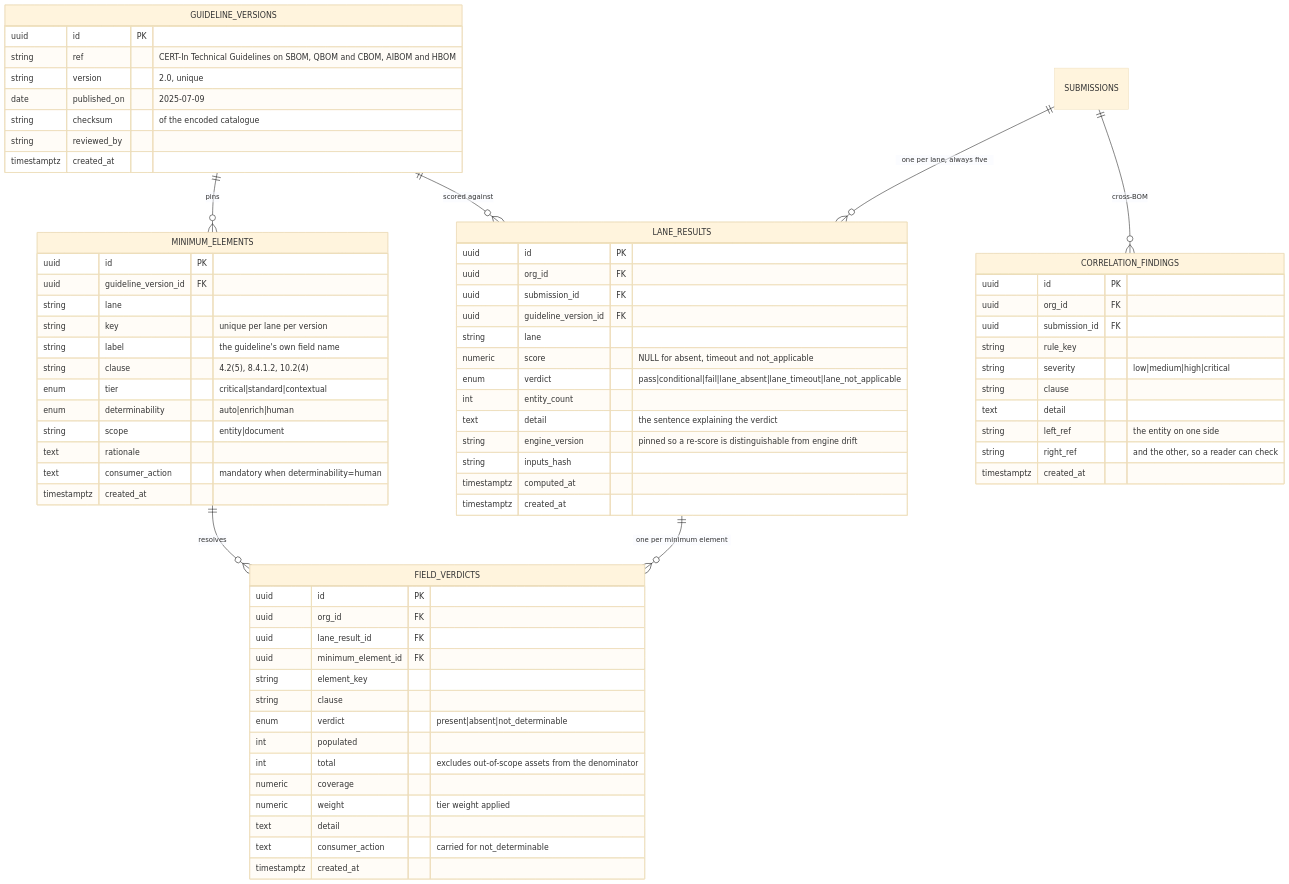
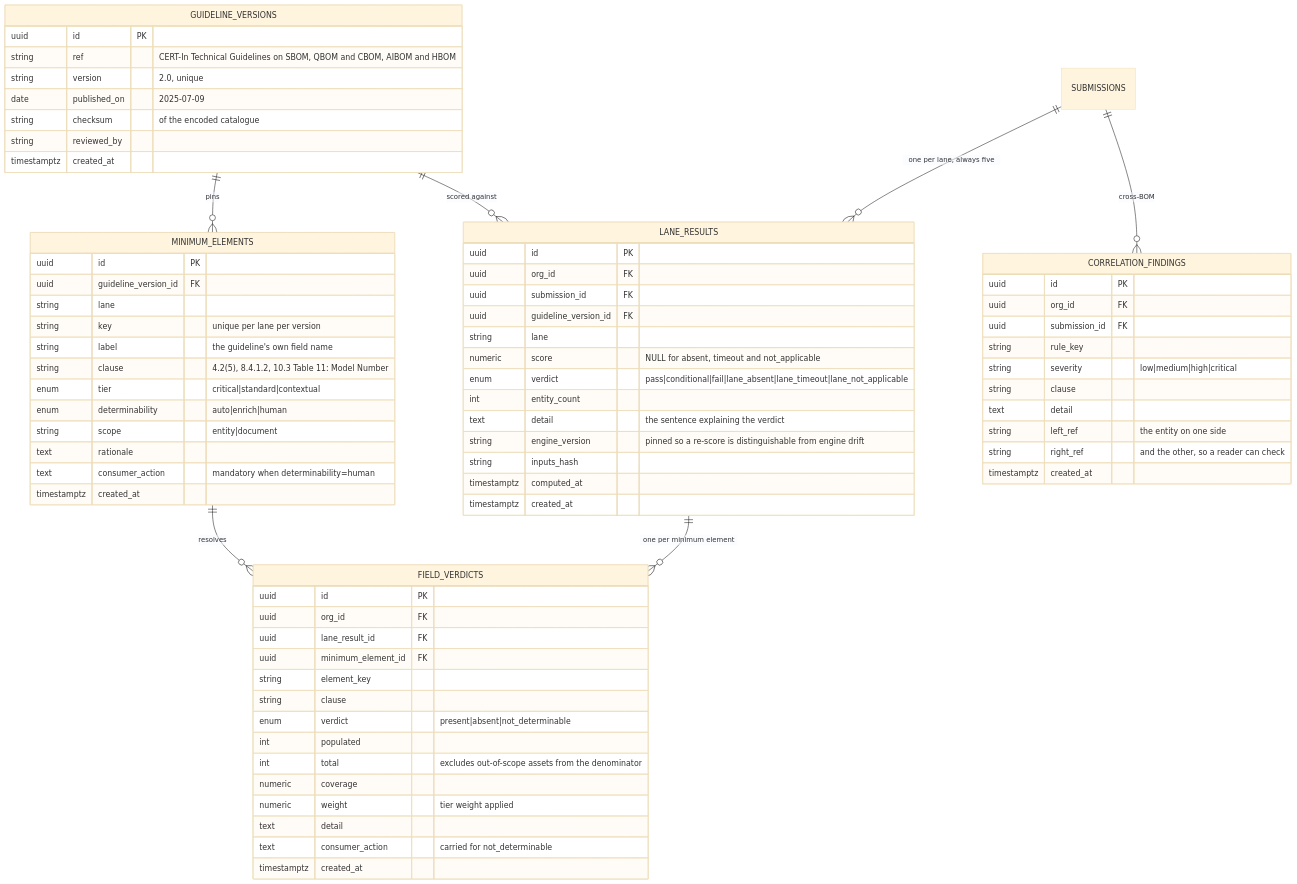
One commit to shubhamjha16/BOM_Automation changed the third of 8 diagrams in docs/DATA_MODEL.md. Above: the diagram before and after it, drawn with Mermaid (base theme). The commit also changed other lines of this file and 11 other files, not shown here.

````diff
--- a/docs/DATA_MODEL.md
+++ b/docs/DATA_MODEL.md
@@ -183,80 +183,80 @@
 ```mermaid
 erDiagram
     SUBMISSIONS ||--o{ LANE_RESULTS : "one per lane, always five"
     LANE_RESULTS ||--o{ FIELD_VERDICTS : "one per minimum element"
     GUIDELINE_VERSIONS ||--o{ MINIMUM_ELEMENTS : "pins"
     GUIDELINE_VERSIONS ||--o{ LANE_RESULTS : "scored against"
     MINIMUM_ELEMENTS ||--o{ FIELD_VERDICTS : "resolves"
     SUBMISSIONS ||--o{ CORRELATION_FINDINGS : "cross-BOM"
 
     GUIDELINE_VERSIONS {
         uuid id PK
         string ref "CERT-In Technical Guidelines on SBOM, QBOM and CBOM, AIBOM and HBOM"
         string version "2.0, unique"
         date published_on "2025-07-09"
         string checksum "of the encoded catalogue"
         string reviewed_by
         timestamptz created_at
     }
 
     MINIMUM_ELEMENTS {
         uuid id PK
         uuid guideline_version_id FK
         string lane
         string key "unique per lane per version"
         string label "the guideline's own field name"
-        string clause "4.2(5), 8.4.1.2, 10.2(4)"
+        string clause "4.2(5), 8.4.1.2, 10.3 Table 11: Model Number"
         enum tier "critical|standard|contextual"
         enum determinability "auto|enrich|human"
         string scope "entity|document"
         text rationale
         text consumer_action "mandatory when determinability=human"
         timestamptz created_at
     }
 
     LANE_RESULTS {
         uuid id PK
         uuid org_id FK
         uuid submission_id FK
         uuid guideline_version_id FK
         string lane
         numeric score "NULL for absent, timeout and not_applicable"
         enum verdict "pass|conditional|fail|lane_absent|lane_timeout|lane_not_applicable"
         int entity_count
         text detail "the sentence explaining the verdict"
         string engine_version "pinned so a re-score is distinguishable from engine drift"
         string inputs_hash
         timestamptz computed_at
         timestamptz created_at
     }
 
     FIELD_VERDICTS {
         uuid id PK
         uuid org_id FK
         uuid lane_result_id FK
         uuid minimum_element_id FK
         string element_key
         string clause
         enum verdict "present|absent|not_determinable"
         int populated
         int total "excludes out-of-scope assets from the denominator"
         numeric coverage
         numeric weight "tier weight applied"
         text detail
         text consumer_action "carried for not_determinable"
         timestamptz created_at
     }
 
     CORRELATION_FINDINGS {
         uuid id PK
         uuid org_id FK
         uuid submission_id FK
         string rule_key
         string severity "low|medium|high|critical"
         string clause
         text detail
         string left_ref "the entity on one side"
         string right_ref "and the other, so a reader can check"
         timestamptz created_at
     }
 ```
````
